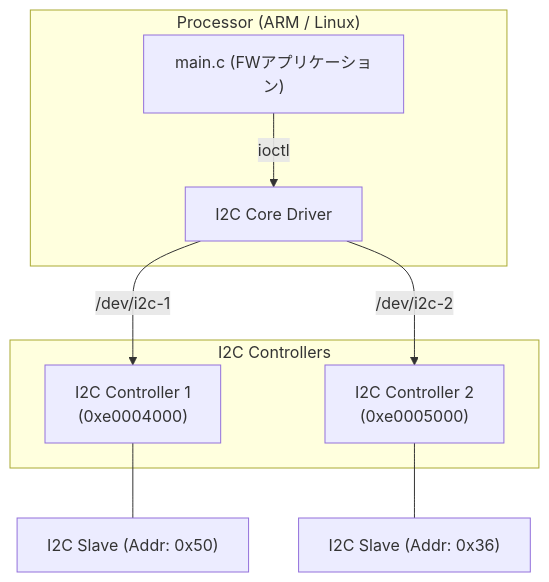
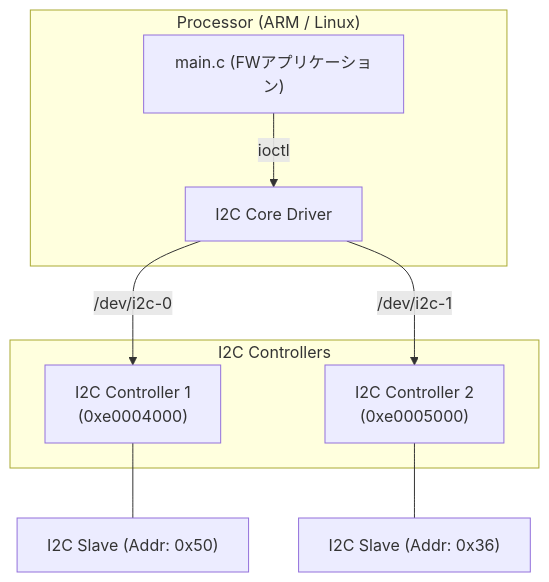
The diagram in tests/scenarios/02_multi_i2c/README.md (sirosiro/FPGA-BoardlessBench), drawn with Mermaid before and after one commit. The commit also changed other lines of this file and 27 other files, not shown here.

````diff
--- a/tests/scenarios/02_multi_i2c/README.md
+++ b/tests/scenarios/02_multi_i2c/README.md
@@ -8,19 +8,19 @@
 ```mermaid
 graph TD
     subgraph "Processor (ARM / Linux)"
         App["main.c (FWアプリケーション)"]
         Driver["I2C Core Driver"]
     end
     
     subgraph "I2C Controllers"
         I2C1["I2C Controller 1<br/>(0xe0004000)"]
         I2C2["I2C Controller 2<br/>(0xe0005000)"]
     end
     
     App -->|ioctl| Driver
-    Driver -->|/dev/i2c-1| I2C1
-    Driver -->|/dev/i2c-2| I2C2
+    Driver -->|/dev/i2c-0| I2C1
+    Driver -->|/dev/i2c-1| I2C2
     
     I2C1 --- Slave1["I2C Slave (Addr: 0x50)"]
     I2C2 --- Slave2["I2C Slave (Addr: 0x36)"]
 ```
````
